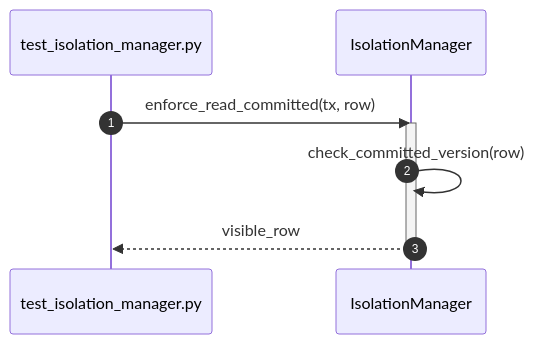
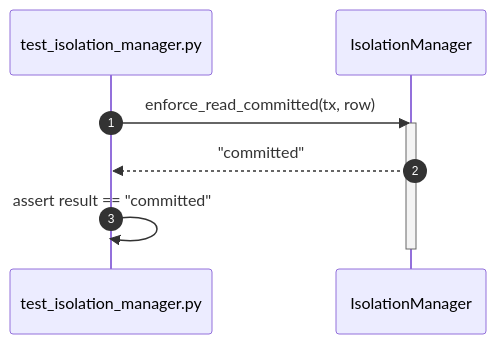
The eighth of 52 diagrams in diagrams/sequence/transaction.md (taitran501/DBMS), drawn with Mermaid before and after one commit. The commit also changed other lines of this file and 6 other files, not shown here.

````diff
--- a/diagrams/sequence/transaction.md
+++ b/diagrams/sequence/transaction.md
@@ -124,12 +124,12 @@
 ```mermaid
 sequenceDiagram
     autonumber
     participant Test as test_isolation_manager.py
     participant SUT as IsolationManager
 
     Test->>SUT: enforce_read_committed(tx, row)
     activate SUT
-    SUT->>SUT: check_committed_version(row)
-    SUT-->>Test: visible_row
+    SUT-->>Test: "committed"
+    Test->>Test: assert result == "committed"
     deactivate SUT
 ```
````
